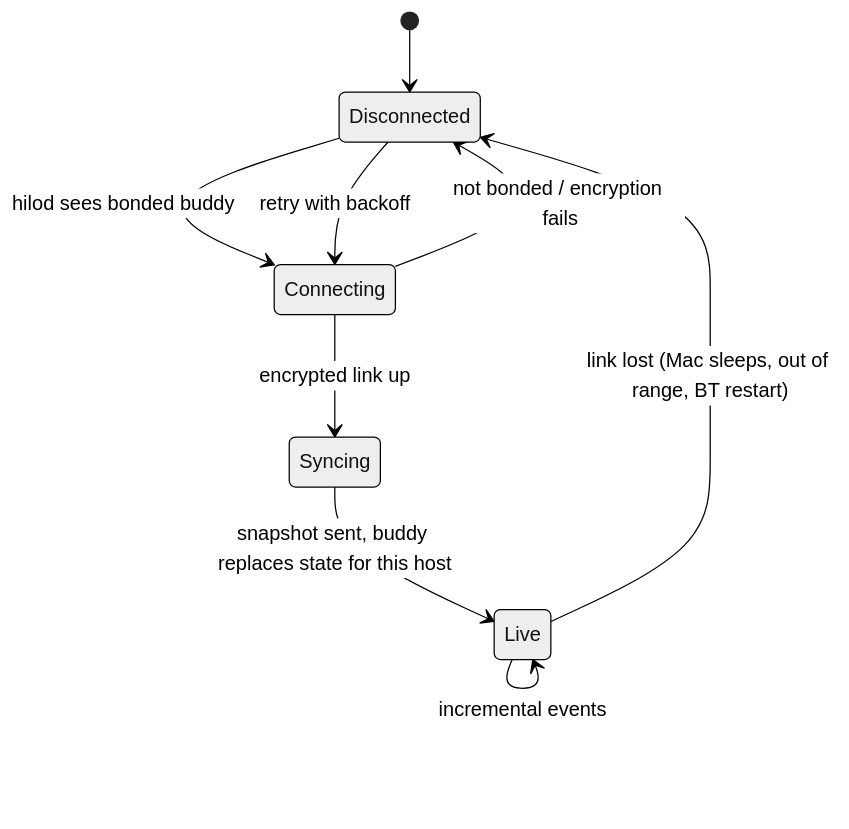
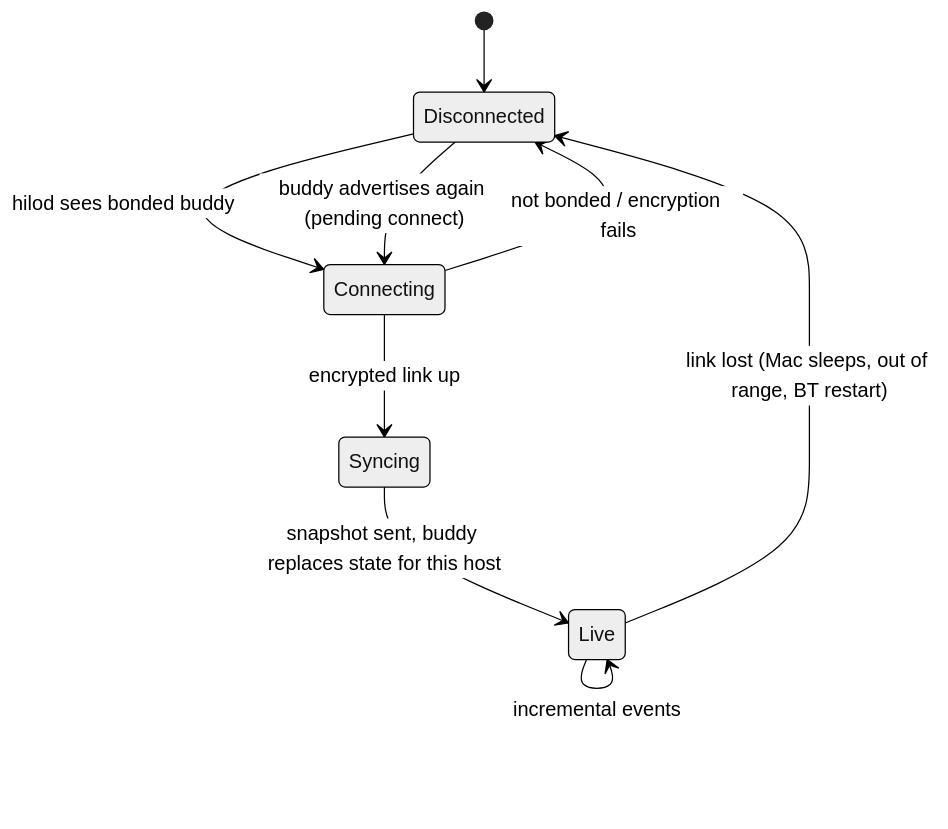
Before and after one commit to jaycorpstudios/clawd-body: the diagram in docs/flows/reconnect-snapshot-flow.md, drawn with Mermaid (neutral theme). The commit also changed other lines of this file and 11 other files, not shown here.

````diff
--- a/docs/flows/reconnect-snapshot-flow.md
+++ b/docs/flows/reconnect-snapshot-flow.md
@@ -3,11 +3,11 @@
 ```mermaid
 stateDiagram-v2
     [*] --> Disconnected
     Disconnected --> Connecting: hilod sees bonded buddy
     Connecting --> Disconnected: not bonded / encryption fails
     Connecting --> Syncing: encrypted link up
     Syncing --> Live: snapshot sent, buddy replaces state for this host
     Live --> Live: incremental events
     Live --> Disconnected: link lost (Mac sleeps, out of range, BT restart)
-    Disconnected --> Connecting: retry with backoff
+    Disconnected --> Connecting: buddy advertises again (pending connect)
 ```
````
